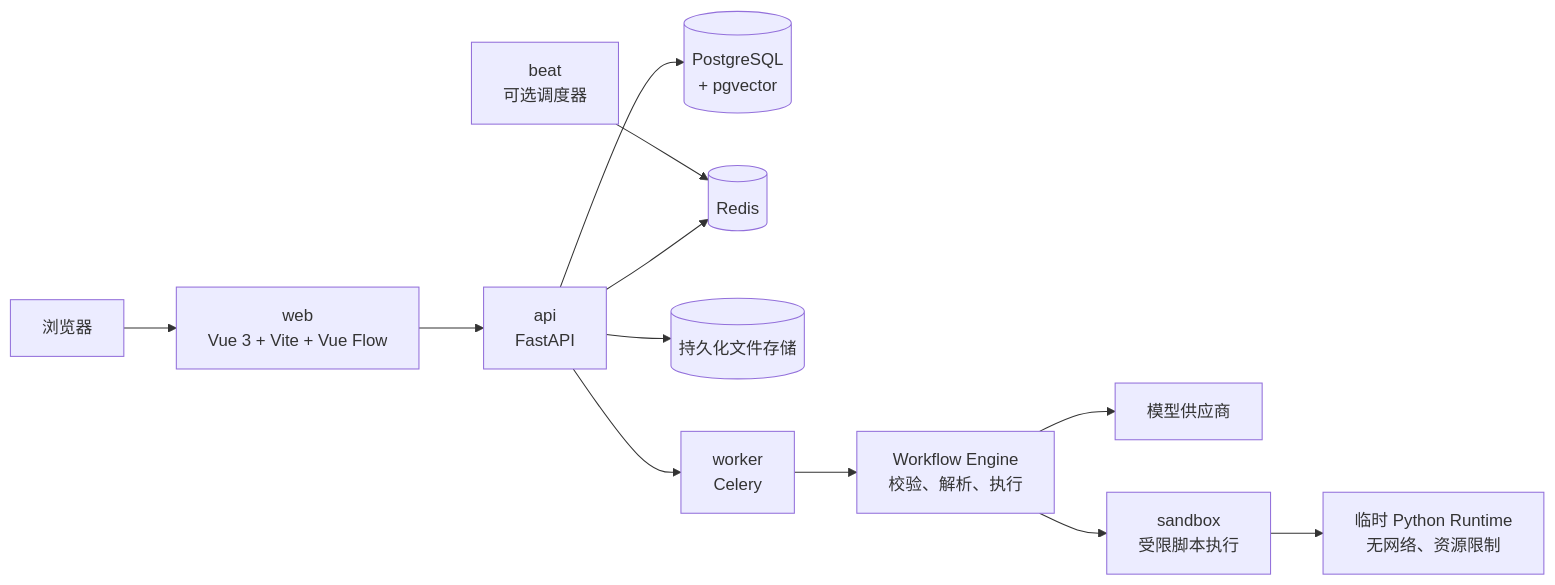
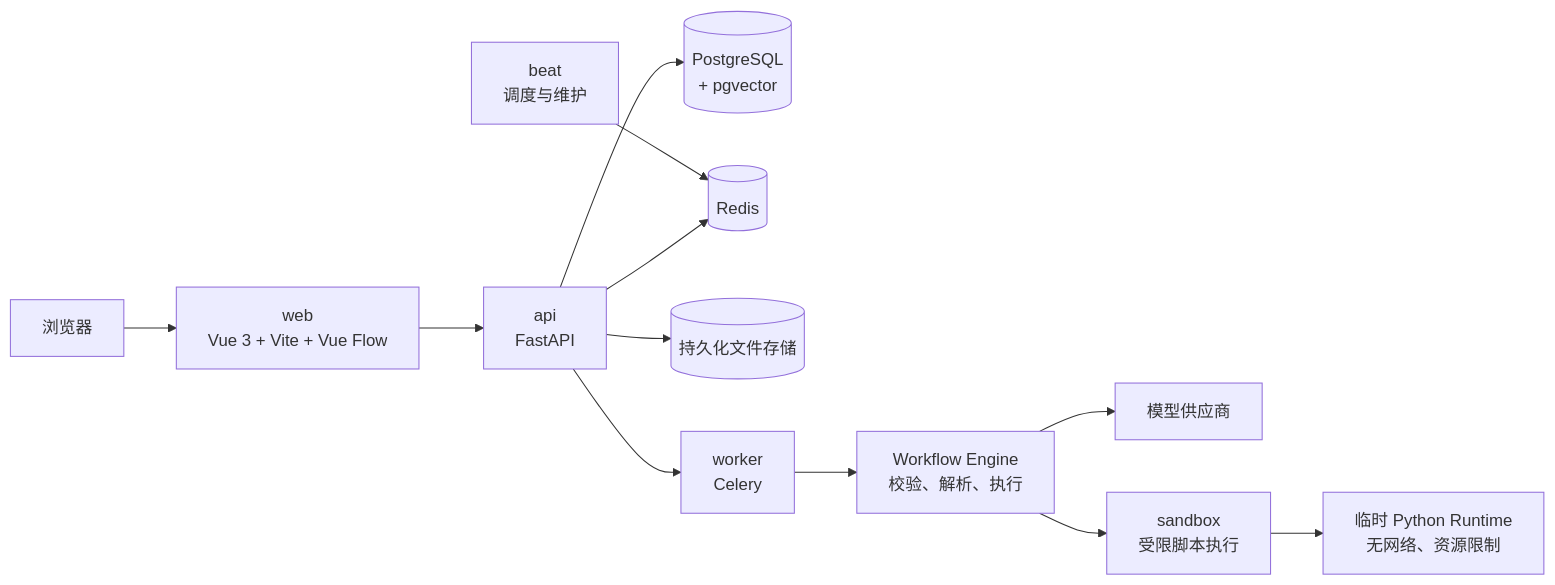
One commit to wnnz/open-ai-workflow changed the diagram in README.md. Above: the diagram before and after it, drawn with Mermaid. The commit also changed other lines of this file and 33 other files, not shown here.

````diff
--- a/README.md
+++ b/README.md
@@ -64,14 +64,14 @@
 ```mermaid
 flowchart LR
     Browser[浏览器] --> Web["web<br/>Vue 3 + Vite + Vue Flow"]
     Web --> API["api<br/>FastAPI"]
     API --> DB[("PostgreSQL<br/>+ pgvector")]
     API --> Redis[(Redis)]
     API --> Files[(持久化文件存储)]
     API --> Worker["worker<br/>Celery"]
     Worker --> Engine["Workflow Engine<br/>校验、解析、执行"]
     Engine --> Models[模型供应商]
     Engine --> Sandbox["sandbox<br/>受限脚本执行"]
     Sandbox --> Runtime["临时 Python Runtime<br/>无网络、资源限制"]
-    Beat["beat<br/>可选调度器"] --> Redis
+    Beat["beat<br/>调度与维护"] --> Redis
 ```
````
